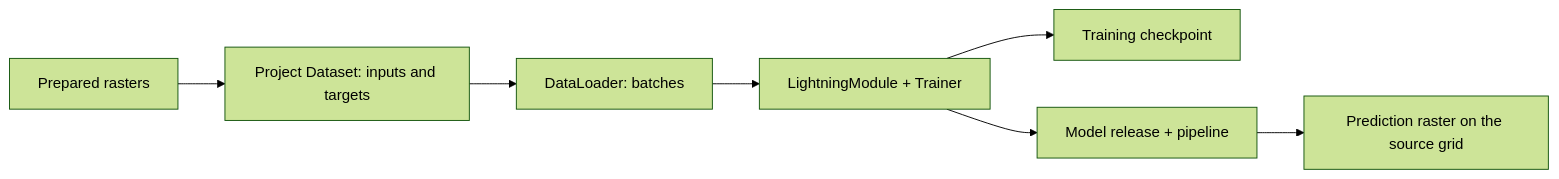
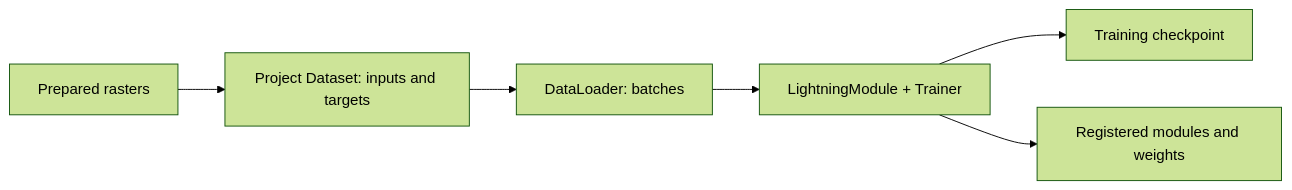
Before and after one commit to weedkat/geosave: the diagram in docs/concepts/data-flow.md, drawn with Mermaid (forest theme). The commit also changed other lines of this file and 521 other files, not shown here.

````diff
--- a/docs/concepts/data-flow.md
+++ b/docs/concepts/data-flow.md
@@ -56,9 +56,8 @@
 ```mermaid
 flowchart LR
     rasters[Prepared rasters] --> samples[Project Dataset: inputs and targets]
     samples --> batches[DataLoader: batches]
     batches --> training[LightningModule + Trainer]
     training --> checkpoint[Training checkpoint]
-    training --> release[Model release + pipeline]
-    release --> product[Prediction raster on the source grid]
+    training --> release[Registered modules and weights]
 ```
````
